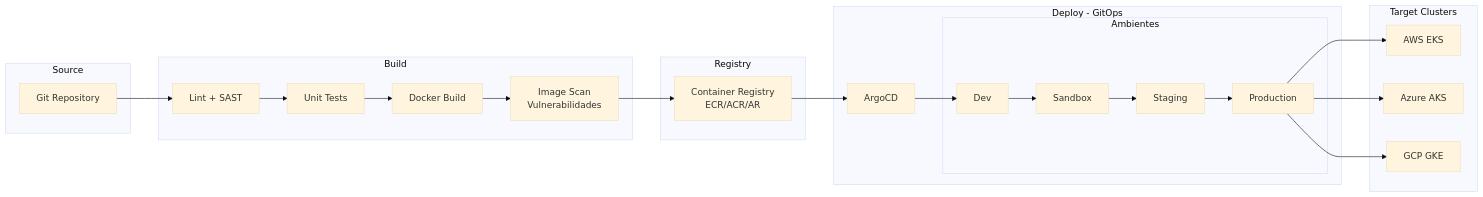
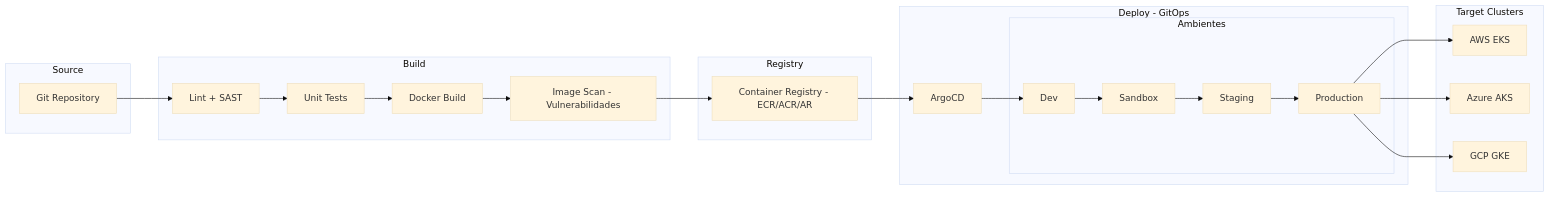
Before and after one commit to somospragma/integration-consent-manager: the sixth of 8 diagrams in docs/architecture/diagrams.md, drawn with Mermaid (base theme). The commit also changed other lines of this file and 9 other files, not shown here.

Commit message:
fix: corregir diagramas Mermaid - quitar paréntesis y \n incompatibles con GitHub

````diff
--- a/docs/architecture/diagrams.md
+++ b/docs/architecture/diagrams.md
@@ -245,47 +245,47 @@
 ```mermaid
 graph LR
     subgraph "Source"
         GIT[Git Repository]
     end
 
     subgraph "Build"
         LINT[Lint + SAST]
         TEST[Unit Tests]
         BUILD[Docker Build]
-        SCAN[Image Scan\nVulnerabilidades]
+        SCAN[Image Scan - Vulnerabilidades]
     end
 
     subgraph "Registry"
-        REG[Container Registry\nECR/ACR/AR]
+        REG[Container Registry - ECR/ACR/AR]
     end
 
     subgraph "Deploy - GitOps"
         ARGO[ArgoCD]
         subgraph "Ambientes"
             DEV[Dev]
             SBX[Sandbox]
             STG[Staging]
             PROD[Production]
         end
     end
 
     subgraph "Target Clusters"
         EKS[AWS EKS]
         AKS[Azure AKS]
         GKE[GCP GKE]
     end
 
     GIT --> LINT
     LINT --> TEST
     TEST --> BUILD
     BUILD --> SCAN
     SCAN --> REG
     REG --> ARGO
     ARGO --> DEV
     DEV --> SBX
     SBX --> STG
     STG --> PROD
     PROD --> EKS
     PROD --> AKS
     PROD --> GKE
 ```
````
